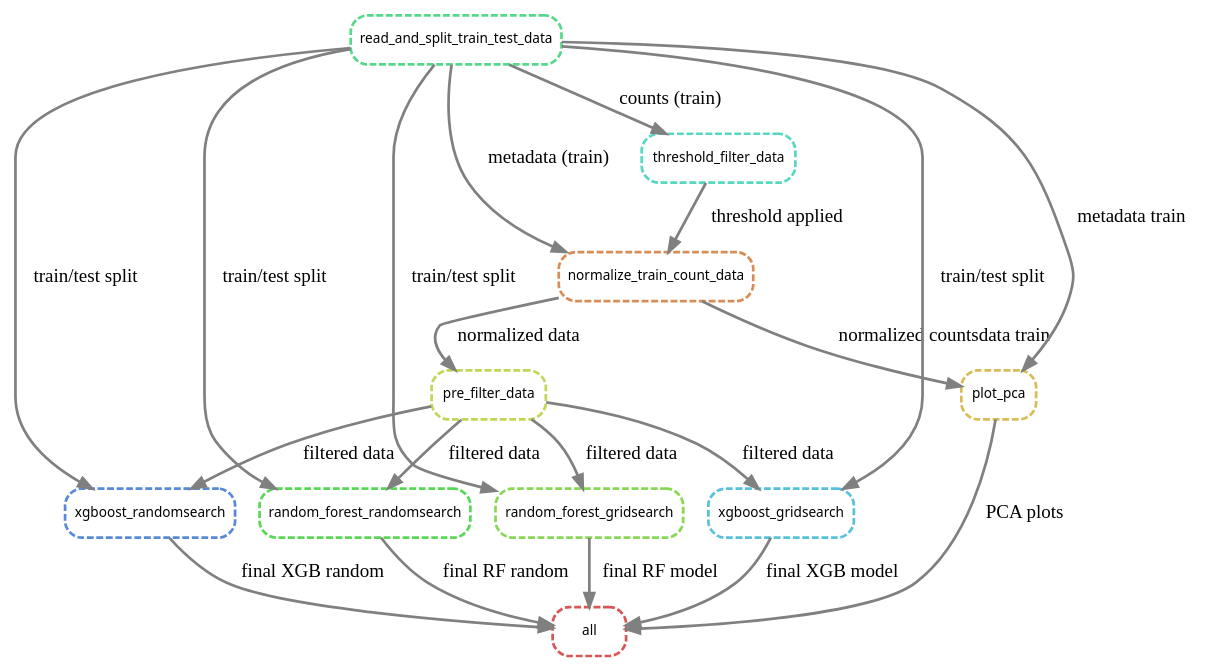
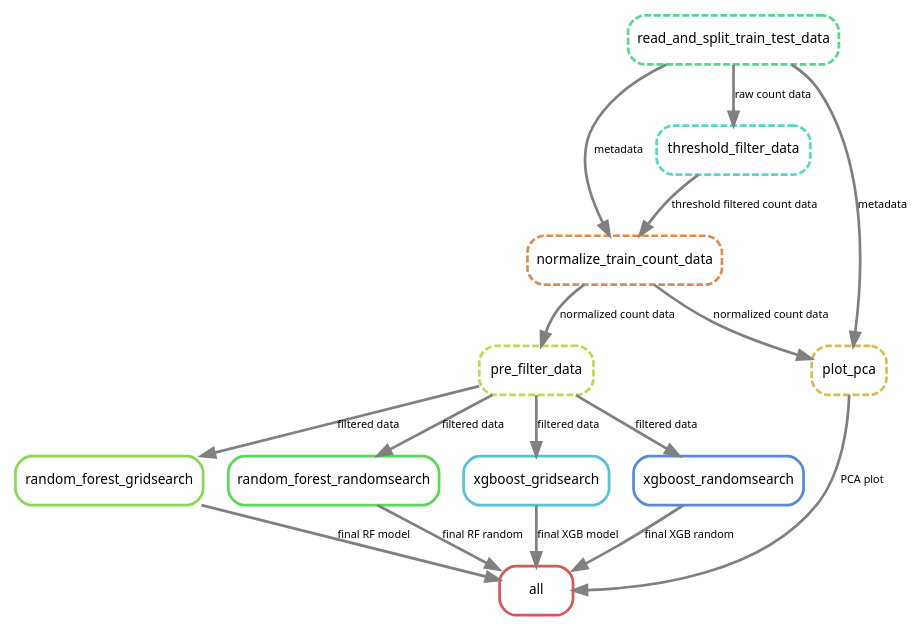
The diagram in dag_project.dot (eirroer/Feature-selection-tool), drawn with Graphviz before and after one commit. The commit also changed 3 other files, not shown here.

```diff
--- a/dag_project.dot
+++ b/dag_project.dot
@@ -1,39 +1,34 @@
 digraph snakemake_dag {
     graph[bgcolor=white, margin=0];
     node[shape=box, style=rounded, fontname=sans, fontsize=10, penwidth=2];
-    edge[penwidth=2, color=grey];
+    edge[penwidth=2, color=grey, fontname=sans, fontsize=8];
 
-    0[label = "all", color = "0.00 0.6 0.85", style="rounded,dashed"];
-    1[label = "random_forest_gridsearch", color = "0.27 0.6 0.85", style="rounded,dashed"];
+    0[label = "all", color = "0.00 0.6 0.85", style="rounded"];
+    1[label = "random_forest_gridsearch", color = "0.27 0.6 0.85", style="rounded"];
     2[label = "pre_filter_data", color = "0.20 0.6 0.85", style="rounded,dashed"];
     3[label = "normalize_train_count_data", color = "0.07 0.6 0.85", style="rounded,dashed"];
     4[label = "threshold_filter_data", color = "0.47 0.6 0.85", style="rounded,dashed"];
     5[label = "read_and_split_train_test_data", color = "0.40 0.6 0.85", style="rounded,dashed"];
-    6[label = "random_forest_randomsearch", color = "0.33 0.6 0.85", style="rounded,dashed"];
-    7[label = "xgboost_gridsearch", color = "0.53 0.6 0.85", style="rounded,dashed"];
-    8[label = "xgboost_randomsearch", color = "0.60 0.6 0.85", style="rounded,dashed"];
+    6[label = "random_forest_randomsearch", color = "0.33 0.6 0.85", style="rounded"];
+    7[label = "xgboost_gridsearch", color = "0.53 0.6 0.85", style="rounded"];
+    8[label = "xgboost_randomsearch", color = "0.60 0.6 0.85", style="rounded"];
     9[label = "plot_pca", color = "0.13 0.6 0.85", style="rounded,dashed"];
 
     1 -> 0 [label="final RF model"];
     6 -> 0 [label="final RF random"];
     7 -> 0 [label="final XGB model"];
     8 -> 0 [label="final XGB random"];
-    9 -> 0 [label="PCA plots"];
-    
+    9 -> 0 [label="PCA plot"];
+
     2 -> 1 [label="filtered data"];
-    5 -> 1 [label="train/test split"];
-    3 -> 2 [label="normalized data"];
-    4 -> 3 [label="threshold applied"];
-    5 -> 3 [label="metadata (train)"];
-    5 -> 4 [label="counts (train)"];
+    3 -> 2 [label="normalized count data"];
+    4 -> 3 [label="threshold filtered count data"];
+    5 -> 3 [label="metadata"];
+    5 -> 4 [label="raw count data"];
 
     2 -> 6 [label="filtered data"];
-    5 -> 6 [label="train/test split"];
     2 -> 7 [label="filtered data"];
-    5 -> 7 [label="train/test split"];
     2 -> 8 [label="filtered data"];
-    5 -> 8 [label="train/test split"];
-
-    3 -> 9 [label="normalized countsdata train"];
-    5 -> 9 [label="metadata train"];
+    3 -> 9 [label="normalized count data"];
+    5 -> 9 [label="metadata"];
 }
```
